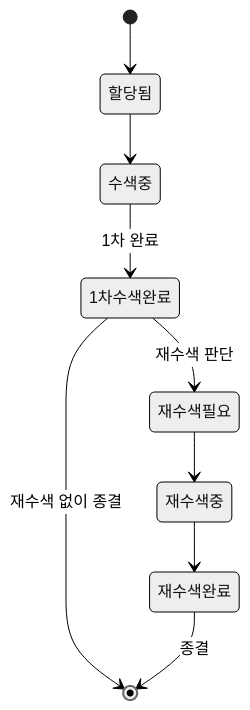
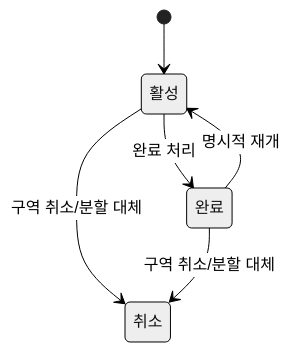
One commit to sonic8-8/suri-map changed the diagram in docs/prd.md. Above: the diagram before and after it, drawn with Mermaid (neutral theme). The commit also changed other lines of this file and 26 other files, not shown here.

````diff
--- a/docs/prd.md
+++ b/docs/prd.md
@@ -251,11 +258,8 @@
 ```mermaid
 stateDiagram-v2
-    [*] --> 할당됨
-    할당됨 --> 수색중
-    수색중 --> 1차수색완료 : 1차 완료
-    1차수색완료 --> 재수색필요 : 재수색 판단
-    1차수색완료 --> [*] : 재수색 없이 종결
-    재수색필요 --> 재수색중
-    재수색중 --> 재수색완료
-    재수색완료 --> [*] : 종결
+    [*] --> 활성
+    활성 --> 완료 : 완료 처리
+    활성 --> 취소 : 구역 취소/분할 대체
+    완료 --> 활성 : 명시적 재개
+    완료 --> 취소 : 구역 취소/분할 대체
 ```
````
